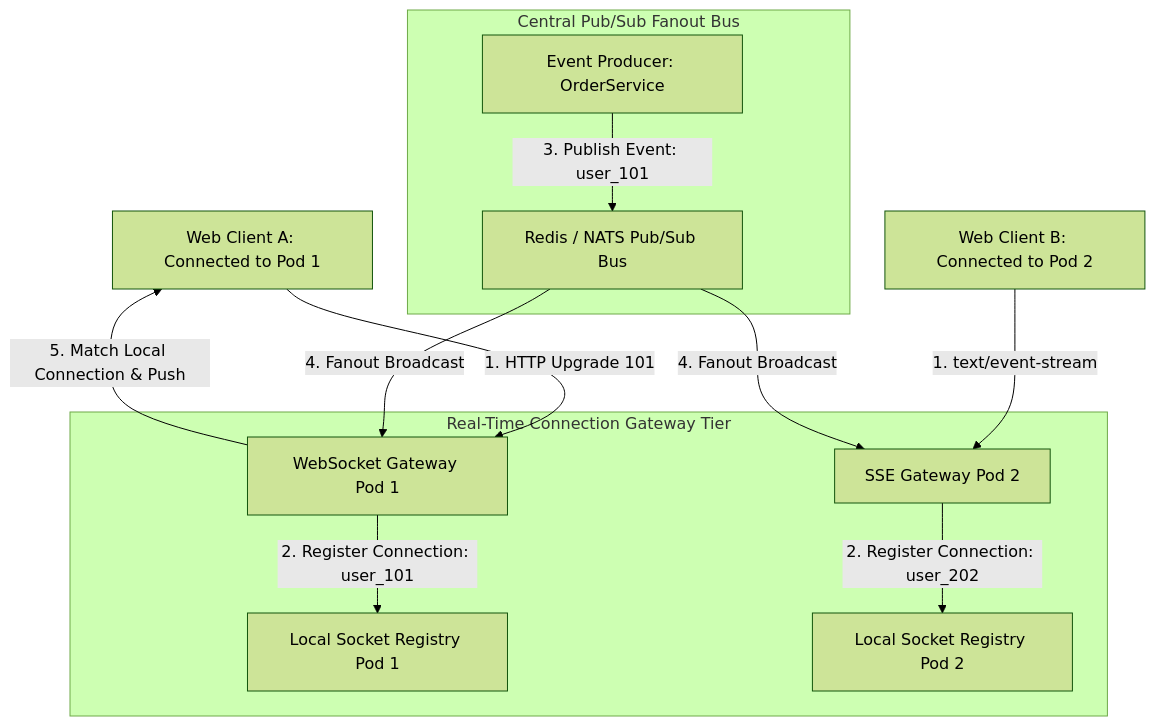
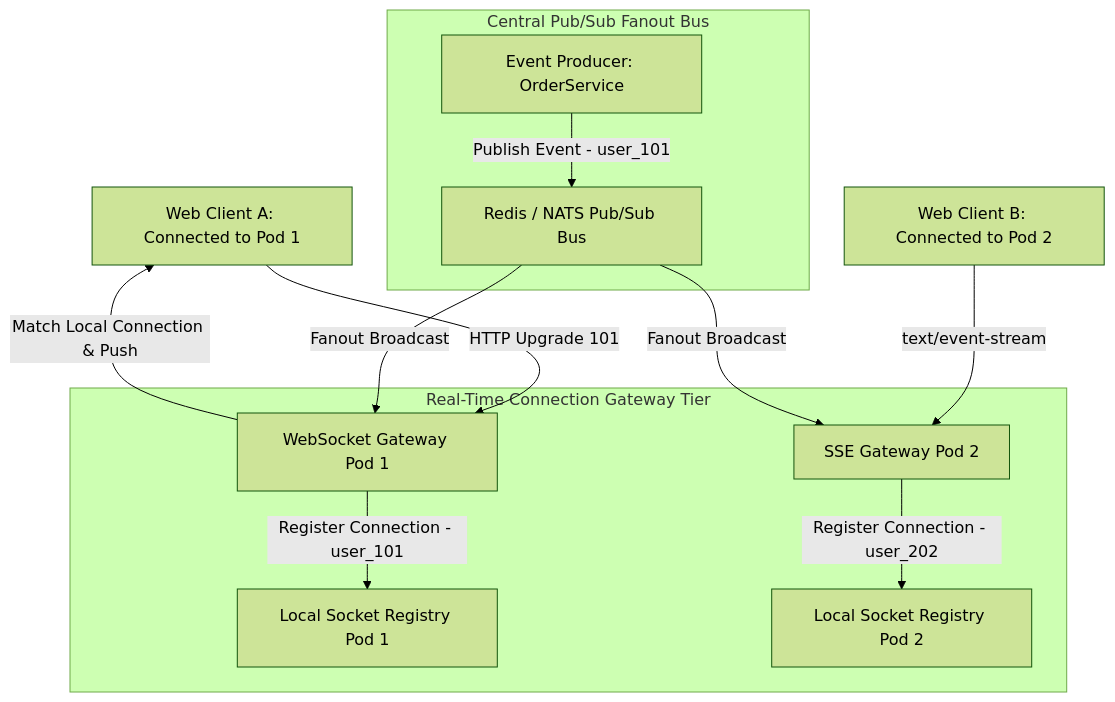
The diagram in blog/posts/real-time-communication-engines-websockets-sse-pubsub-gateways.md (akmalkhaniub/akmalkhaniub.github.io), drawn with Mermaid (forest theme) before and after one commit. The commit also changed 411 other files, not shown here.

````diff
--- a/blog/posts/real-time-communication-engines-websockets-sse-pubsub-gateways.md
+++ b/blog/posts/real-time-communication-engines-websockets-sse-pubsub-gateways.md
@@ -19,18 +19,18 @@
 ```mermaid
-graph TD
-  Client1[Web Client A: Connected to Pod 1] -->|1. HTTP Upgrade 101| Gateway1[WebSocket Gateway Pod 1]
-  Client2[Web Client B: Connected to Pod 2] -->|1. text/event-stream| Gateway2[SSE Gateway Pod 2]
+flowchart TD
+  Client1[Web Client A: Connected to Pod 1] -->|HTTP Upgrade 101| Gateway1[WebSocket Gateway Pod 1]
+  Client2[Web Client B: Connected to Pod 2] -->|text/event-stream| Gateway2[SSE Gateway Pod 2]
   
   subgraph SG1_RealTimeConnection ["Real-Time Connection Gateway Tier"]
-    Gateway1 -->|2. Register Connection: user_101| Reg1[Local Socket Registry Pod 1]
-    Gateway2 -->|2. Register Connection: user_202| Reg2[Local Socket Registry Pod 2]
+    Gateway1 -->|Register Connection - user_101| Reg1[Local Socket Registry Pod 1]
+    Gateway2 -->|Register Connection - user_202| Reg2[Local Socket Registry Pod 2]
   end
   
   subgraph SG2_CentralPubSub ["Central Pub/Sub Fanout Bus"]
-    EventProducer[Event Producer: OrderService] -->|3. Publish Event: user_101| PubSub[Redis / NATS Pub/Sub Bus]
-    PubSub -->|4. Fanout Broadcast| Gateway1
-    PubSub -->|4. Fanout Broadcast| Gateway2
+    EventProducer[Event Producer: OrderService] -->|Publish Event - user_101| PubSub[Redis / NATS Pub/Sub Bus]
+    PubSub -->|Fanout Broadcast| Gateway1
+    PubSub -->|Fanout Broadcast| Gateway2
   end
   
-  Gateway1 -->|5. Match Local Connection & Push| Client1
+  Gateway1 -->|Match Local Connection & Push| Client1
 ```
````
